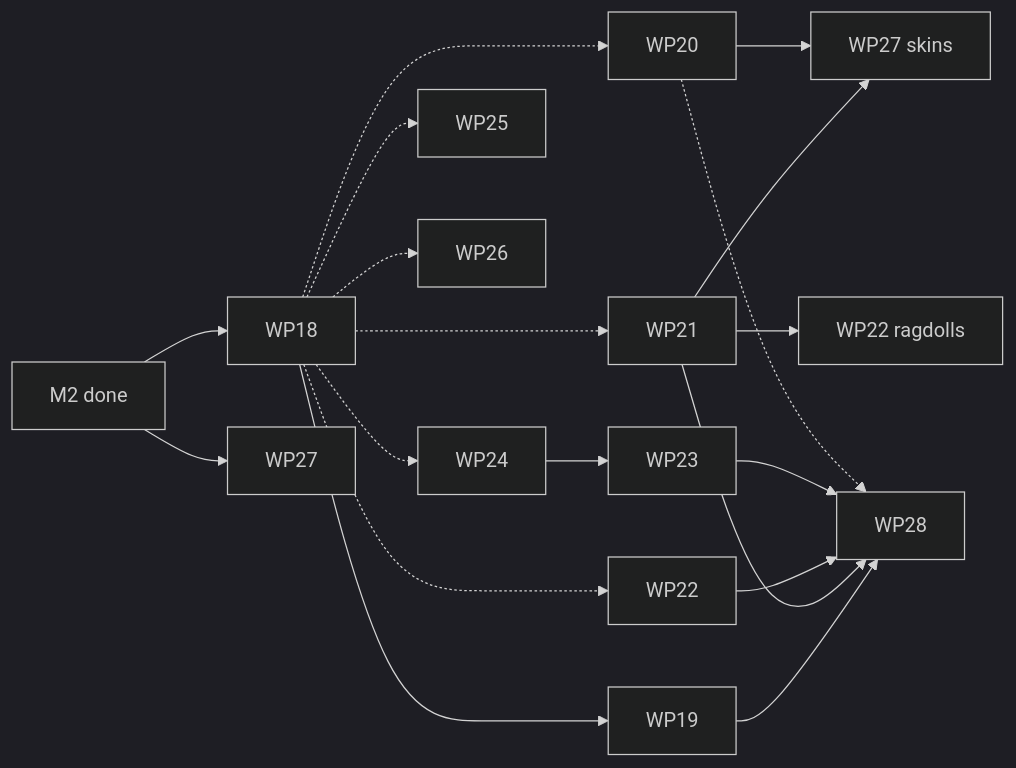
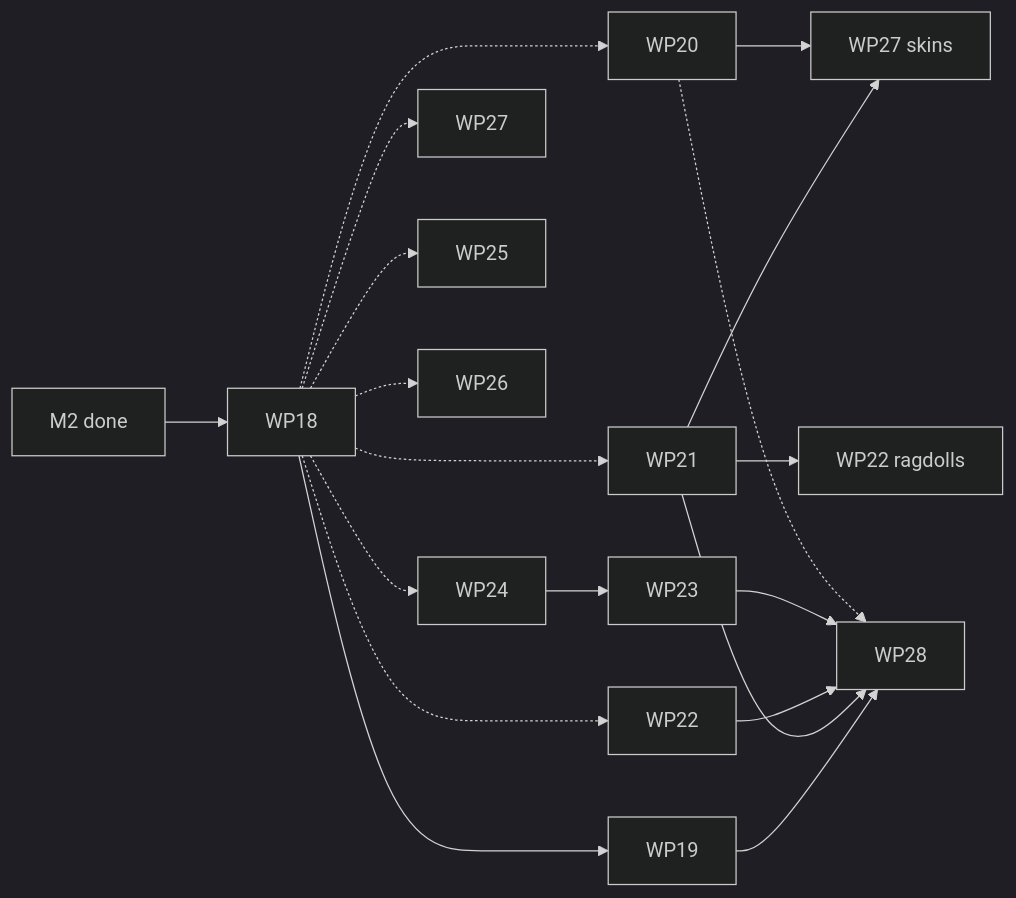
The diagram in docs/M3_PLAN.md (dullyontop/real-engine), drawn with Mermaid (dark theme) before and after one commit. The commit also changed other lines of this file and 2 other files, not shown here.

````diff
--- a/docs/M3_PLAN.md
+++ b/docs/M3_PLAN.md
@@ -408,21 +422,21 @@
 ```mermaid
 graph LR
   M2[M2 done] --> WP18
-  M2 --> WP27
   WP18 --> WP19
   WP18 -.-> WP20
   WP18 -.-> WP21
   WP18 -.-> WP22
   WP18 -.-> WP24
+  WP18 -.-> WP27
   WP18 -.-> WP25
   WP18 -.-> WP26
   WP21 --> WP22r[WP22 ragdolls]
   WP21 --> WP27s[WP27 skins]
   WP20 --> WP27s
   WP24 --> WP23
   WP19 --> WP28
   WP21 --> WP28
   WP22 --> WP28
   WP23 --> WP28
   WP20 -.-> WP28
 ```
````
